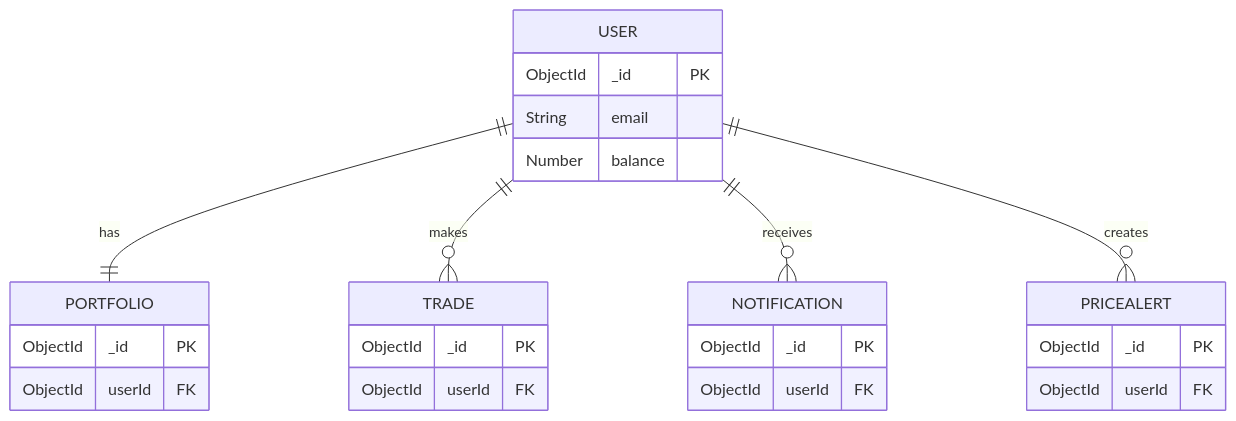
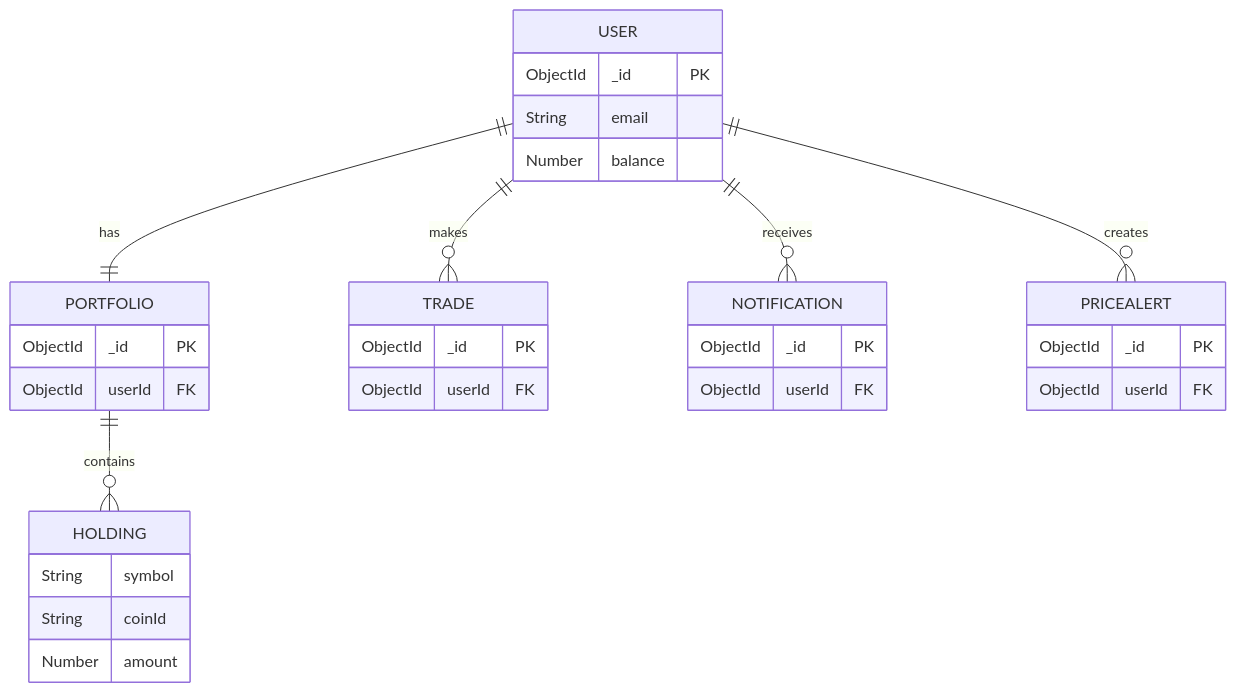
One commit to doanthetin193/CryptoTradingSOA changed diagram 18 of 18 in BAO_CAO_KIEN_TRUC_HUONG_DICH_VU.md. Above: the diagram before and after it, drawn with Mermaid. The commit also changed other lines of this file and 5 other files, not shown here.

````diff
--- a/BAO_CAO_KIEN_TRUC_HUONG_DICH_VU.md
+++ b/BAO_CAO_KIEN_TRUC_HUONG_DICH_VU.md
@@ -852,29 +1005,35 @@
 ```mermaid
 erDiagram
     USER ||--|| PORTFOLIO : has
     USER ||--o{ TRADE : makes
     USER ||--o{ NOTIFICATION : receives
     USER ||--o{ PRICEALERT : creates
+    PORTFOLIO ||--o{ HOLDING : contains
     
     USER {
         ObjectId _id PK
         String email
         Number balance
     }
     PORTFOLIO {
         ObjectId _id PK
         ObjectId userId FK
+    }
+    HOLDING {
+        String symbol
+        String coinId
+        Number amount
     }
     TRADE {
         ObjectId _id PK
         ObjectId userId FK
     }
     NOTIFICATION {
         ObjectId _id PK
         ObjectId userId FK
     }
     PRICEALERT {
         ObjectId _id PK
         ObjectId userId FK
     }
 ```
````
